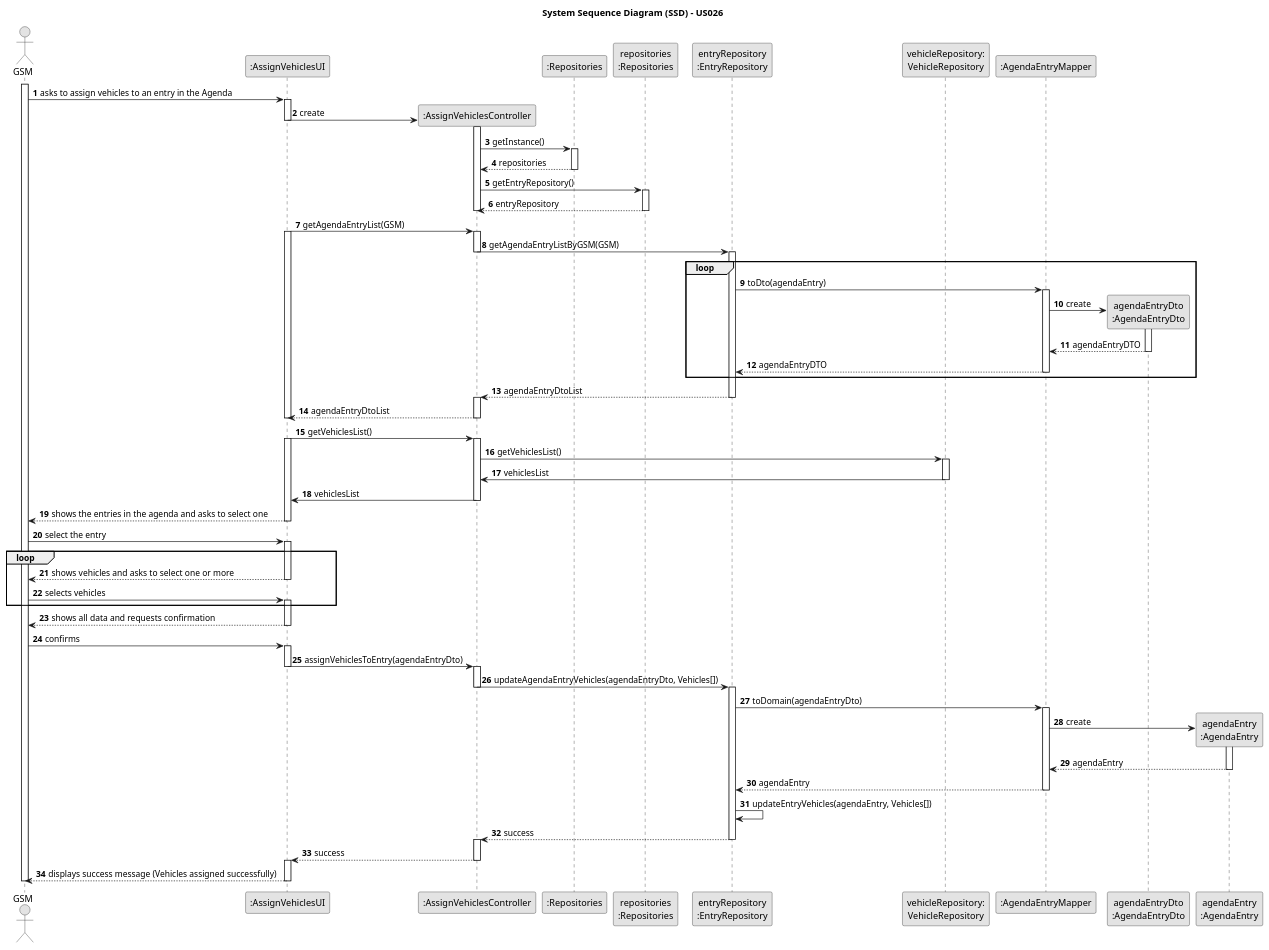
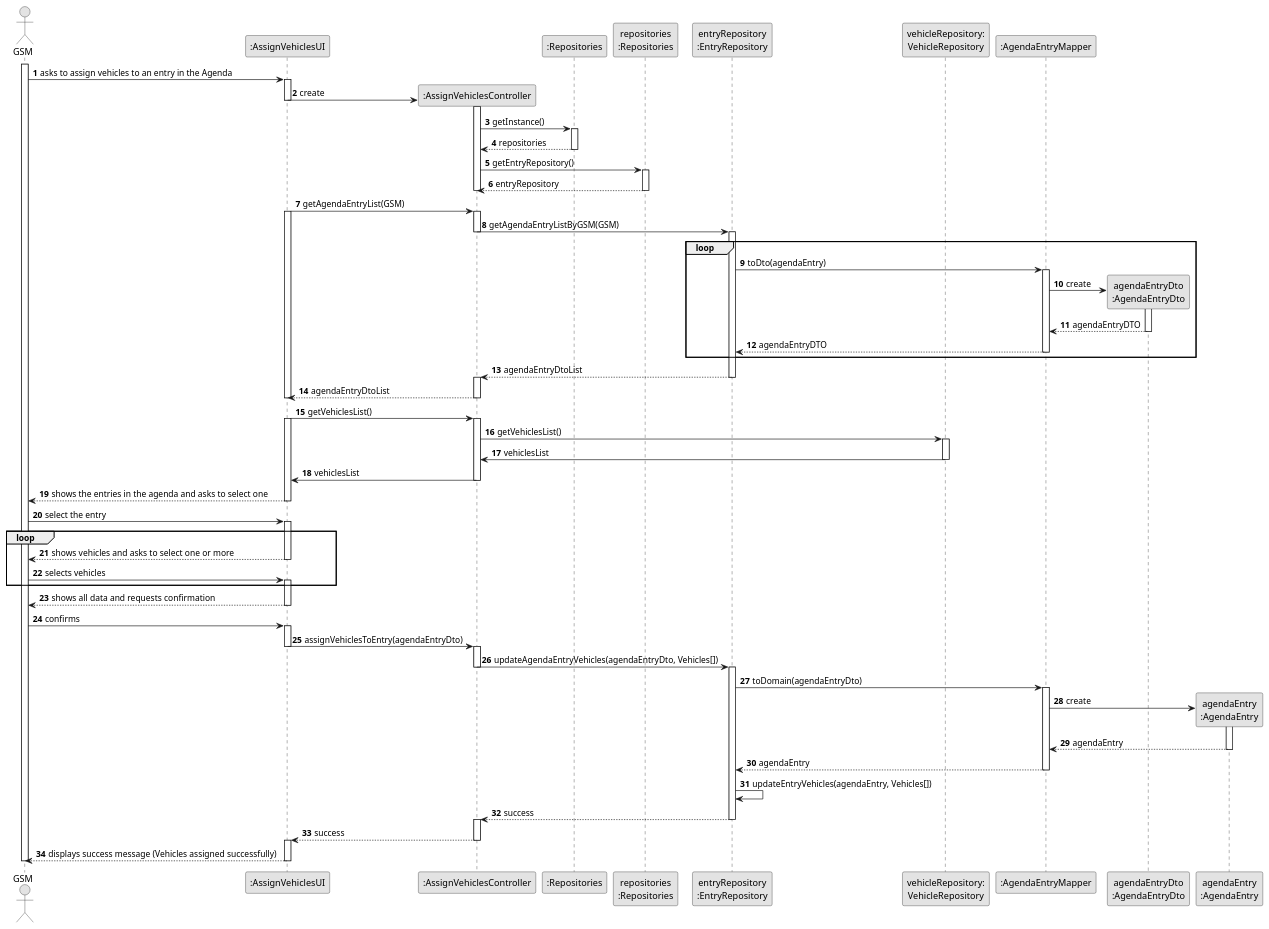
Before and after one commit to ricardomm7/leaflink: the diagram in docs/sprintC/us026/03.design/puml/us026-sequence-diagram-full.puml, drawn with PlantUML. The commit also changed 13 other files, not shown here.

```diff
--- a/docs/sprintC/us026/03.design/puml/us026-sequence-diagram-full.puml
+++ b/docs/sprintC/us026/03.design/puml/us026-sequence-diagram-full.puml
@@ -2,148 +2,148 @@
 @startuml
 skinparam monochrome true
 skinparam packageStyle rectangle
 skinparam shadowing false
 
-title System Sequence Diagram (SSD) - US026
+'title System Sequence Diagram (SSD) - US026
 
 autonumber
 
 actor "GSM" as GSM
 participant ":AssignVehiclesUI" as UI
 participant ":AssignVehiclesController" as CTRL
 participant ":Repositories" as RepositorySingleton
 participant "repositories\n:Repositories" as PLAT
 participant "entryRepository\n:EntryRepository" as EntryRepo
 participant "vehicleRepository:\nVehicleRepository" as VehicleRepository
 participant ":AgendaEntryMapper" as AgendaEntryMapper
 participant "agendaEntryDto\n:AgendaEntryDto" as AgendaEntryDto
 participant "agendaEntry\n:AgendaEntry" as AgendaEntry
 
 activate GSM
 
     GSM -> UI : asks to assign vehicles to an entry in the Agenda
     activate UI
 
         UI -> CTRL** : create
         deactivate UI
                 activate CTRL
 
                     CTRL -> RepositorySingleton : getInstance()
                     activate RepositorySingleton
 
                         RepositorySingleton --> CTRL : repositories
                     deactivate RepositorySingleton
 
                     CTRL -> PLAT : getEntryRepository()
                     activate PLAT
 
                         PLAT --> CTRL : entryRepository
                     deactivate PLAT
 
                      deactivate CTRL
 
                 deactivate UI
 
         UI -> CTRL: getAgendaEntryList(GSM)
                         activate UI
                         activate CTRL
 
                             CTRL -> EntryRepo: getAgendaEntryListByGSM(GSM)
                             deactivate CTRL
                             activate EntryRepo
 
                             loop
 
                             EntryRepo -> AgendaEntryMapper : toDto(agendaEntry)
                             activate AgendaEntryMapper
 
                                 AgendaEntryMapper -> AgendaEntryDto** : create
                                 activate AgendaEntryDto
 
                                 AgendaEntryDto --> AgendaEntryMapper : agendaEntryDTO
                                 deactivate AgendaEntryDto
 
                             AgendaEntryMapper --> EntryRepo : agendaEntryDTO
                             deactivate AgendaEntryMapper
                             end
 
                             EntryRepo --> CTRL : agendaEntryDtoList
                             deactivate EntryRepo
                             activate CTRL
 
                         CTRL --> UI : agendaEntryDtoList
                         deactivate CTRL
                         deactivate UI
 
         UI -> CTRL : getVehiclesList()
                 activate UI
                 activate CTRL
 
                 CTRL -> VehicleRepository : getVehiclesList()
                 activate VehicleRepository
 
                 VehicleRepository -> CTRL : vehiclesList
                 deactivate VehicleRepository
 
                 CTRL -> UI : vehiclesList
                 deactivate CTRL
 
     UI --> GSM : shows the entries in the agenda and asks to select one
         deactivate UI
 
     GSM -> UI : select the entry
     activate UI
 
     loop
 
     UI --> GSM : shows vehicles and asks to select one or more
     deactivate UI
 
     GSM -> UI: selects vehicles
     activate UI
 
     end loop
 
     UI --> GSM : shows all data and requests confirmation
     deactivate UI
 
     GSM -> UI: confirms
     activate UI
 
         UI -> CTRL : assignVehiclesToEntry(agendaEntryDto)
                         deactivate UI
                         activate CTRL
 
 
                             CTRL -> EntryRepo : updateAgendaEntryVehicles(agendaEntryDto, Vehicles[])
                             deactivate CTRL
                             activate EntryRepo
 
                             EntryRepo -> AgendaEntryMapper : toDomain(agendaEntryDto)
                             activate AgendaEntryMapper
 
                                 AgendaEntryMapper -> AgendaEntry** : create
                                 activate AgendaEntry
 
                                 AgendaEntry --> AgendaEntryMapper : agendaEntry
                                 deactivate AgendaEntry
 
                             AgendaEntryMapper --> EntryRepo : agendaEntry
                             deactivate AgendaEntryMapper
 
                                 EntryRepo -> EntryRepo : updateEntryVehicles(agendaEntry, Vehicles[])
 
                             EntryRepo --> CTRL : success
                             deactivate EntryRepo
                             activate CTRL
 
         CTRL --> UI : success
         deactivate CTRL
         activate UI
 
     UI --> GSM : displays success message (Vehicles assigned successfully)
     deactivate UI
 
 deactivate GSM
 
 @enduml
```
